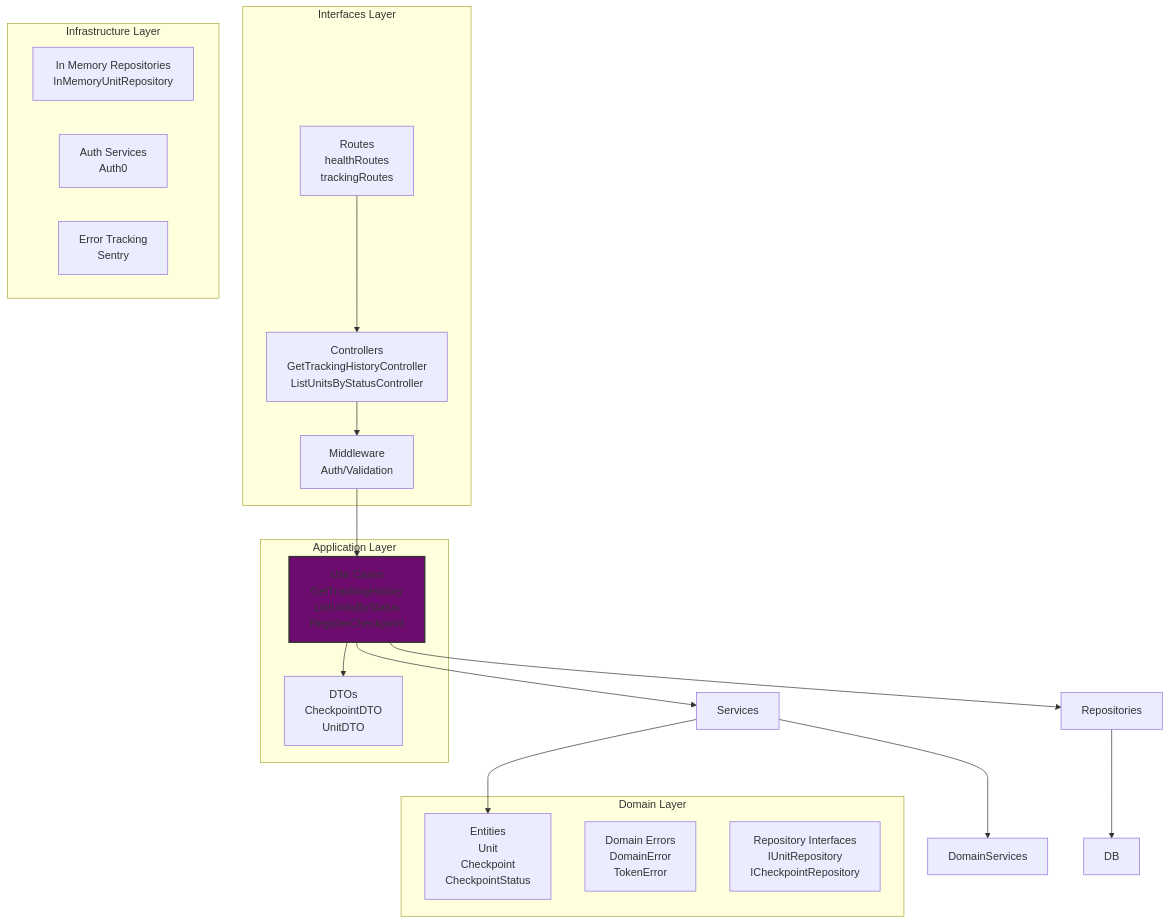
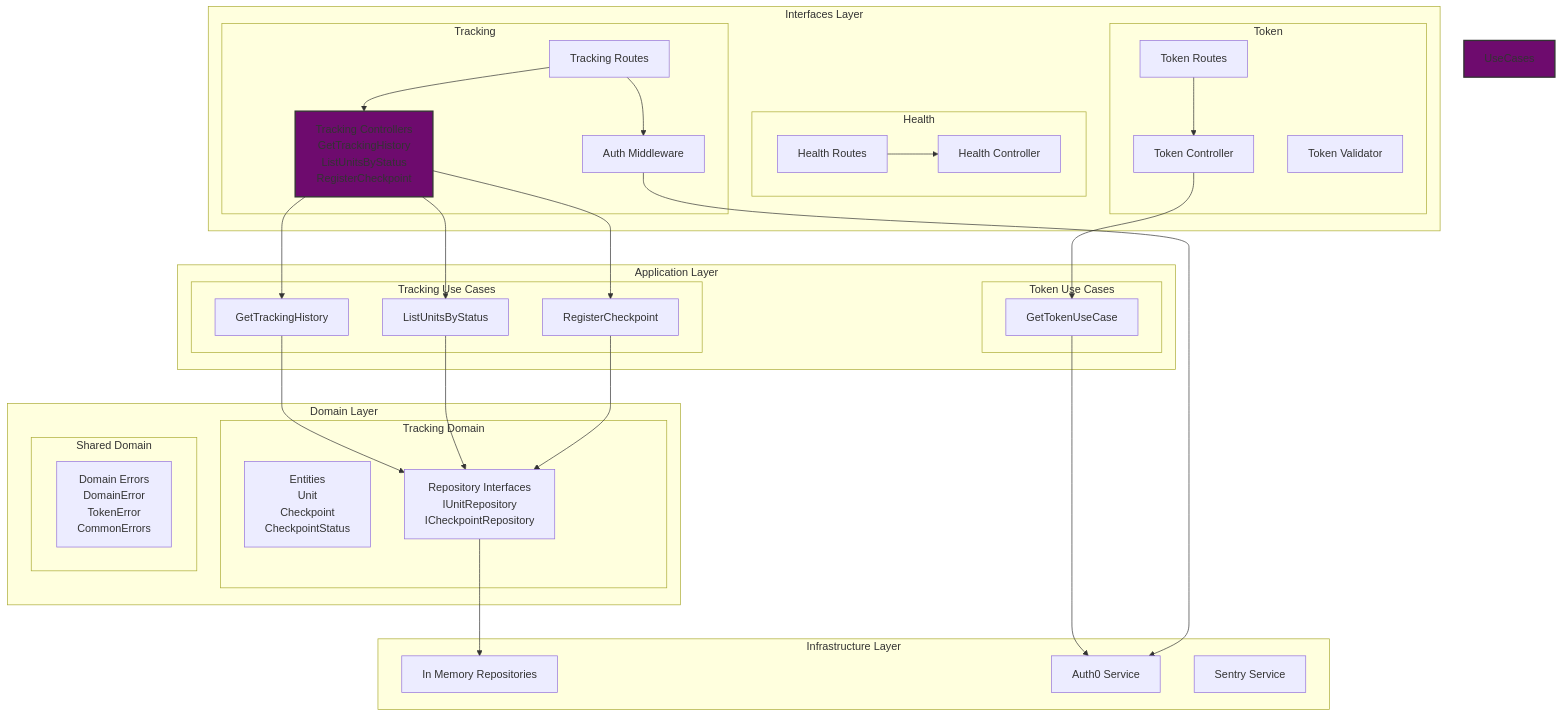
The third of 4 diagrams in ARCHITECTURE.md (otherside9710/tracking-api), drawn with Mermaid before and after one commit. The commit also changed other lines of this file, not shown here.

Commit message:
docs: update architecture md

````diff
--- a/ARCHITECTURE.md
+++ b/ARCHITECTURE.md
@@ -49,37 +51,76 @@
 ```mermaid
 graph TB
     subgraph "Interfaces Layer"
-        Controllers[Controllers<br/>GetTrackingHistoryController<br/>ListUnitsByStatusController]
-        Middleware[Middleware<br/>Auth/Validation]
-        Routes[Routes<br/>healthRoutes<br/>trackingRoutes]
+        subgraph "Health"
+            HealthRoutes[Health Routes]
+            HealthController[Health Controller]
+        end
+        
+        subgraph "Token"
+            TokenRoutes[Token Routes]
+            TokenController[Token Controller]
+            TokenValidator[Token Validator]
+        end
+        
+        subgraph "Tracking"
+            TrackingRoutes[Tracking Routes]
+            TrackingControllers[Tracking Controllers<br/>GetTrackingHistory<br/>ListUnitsByStatus<br/>RegisterCheckpoint]
+            AuthMiddleware[Auth Middleware]
+        end
     end
     
     subgraph "Application Layer"
-        UseCases[Use Cases<br/>GetTrackingHistory<br/>ListUnitsByStatus<br/>RegisterCheckpoint]
-        DTOs[DTOs<br/>CheckpointDTO<br/>UnitDTO]
+        subgraph "Tracking Use Cases"
+            GetTrackingHistory[GetTrackingHistory]
+            ListUnitsByStatus[ListUnitsByStatus]
+            RegisterCheckpoint[RegisterCheckpoint]
+        end
+        
+        subgraph "Token Use Cases"
+            GetTokenUseCase[GetTokenUseCase]
+        end
     end
     
     subgraph "Domain Layer"
-        Entities[Entities<br/>Unit<br/>Checkpoint<br/>CheckpointStatus]
-        Errors[Domain Errors<br/>DomainError<br/>TokenError]
-        Repos[Repository Interfaces<br/>IUnitRepository<br/>ICheckpointRepository]
+        subgraph "Tracking Domain"
+            TrackingEntities[Entities<br/>Unit<br/>Checkpoint<br/>CheckpointStatus]
+            TrackingRepos[Repository Interfaces<br/>IUnitRepository<br/>ICheckpointRepository]
+        end
+        
+        subgraph "Shared Domain"
+            DomainErrors[Domain Errors<br/>DomainError<br/>TokenError<br/>CommonErrors]
+        end
     end
     
     subgraph "Infrastructure Layer"
-        InMemoryRepos[In Memory Repositories<br/>InMemoryUnitRepository]
-        AuthService[Auth Services<br/>Auth0]
-        ErrorTracking[Error Tracking<br/>Sentry]
+        InMemoryRepos[In Memory Repositories]
+        Auth0Service[Auth0 Service]
+        SentryService[Sentry Service]
     end
     
-    Routes --> Controllers
-    Controllers --> Middleware
-    Middleware --> UseCases
-    UseCases --> DTOs
-    UseCases --> Services
-    Services --> Entities
-    Services --> DomainServices
-    UseCases --> Repositories
-    Repositories --> DB
+    %% Relaciones de interfaces
+    HealthRoutes --> HealthController
+    TokenRoutes --> TokenController
+    TrackingRoutes --> TrackingControllers
+    TrackingRoutes --> AuthMiddleware
+    
+    %% Relaciones de casos de uso
+    TrackingControllers --> GetTrackingHistory
+    TrackingControllers --> ListUnitsByStatus
+    TrackingControllers --> RegisterCheckpoint
+    TokenController --> GetTokenUseCase
+    
+    %% Relaciones con el dominio
+    GetTrackingHistory --> TrackingRepos
+    ListUnitsByStatus --> TrackingRepos
+    RegisterCheckpoint --> TrackingRepos
+    GetTokenUseCase --> Auth0Service
+    
+    %% Relaciones con infraestructura
+    TrackingRepos --> InMemoryRepos
+    AuthMiddleware --> Auth0Service
+    
+    style TrackingControllers fill:#6E0B6E,stroke:#333,stroke-width:2px
     
     style UseCases fill:#6E0B6E,stroke:#333,stroke-width:2px
 ```
````
